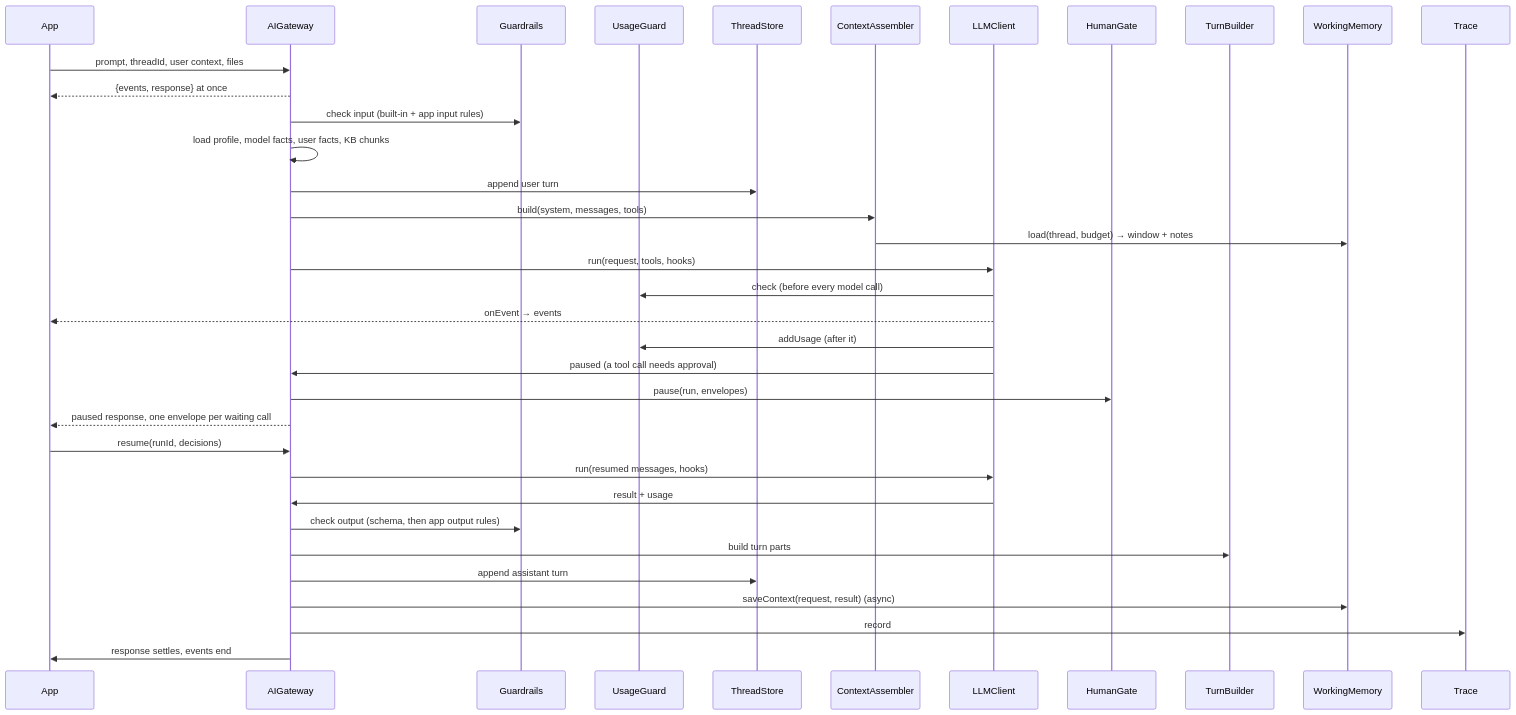
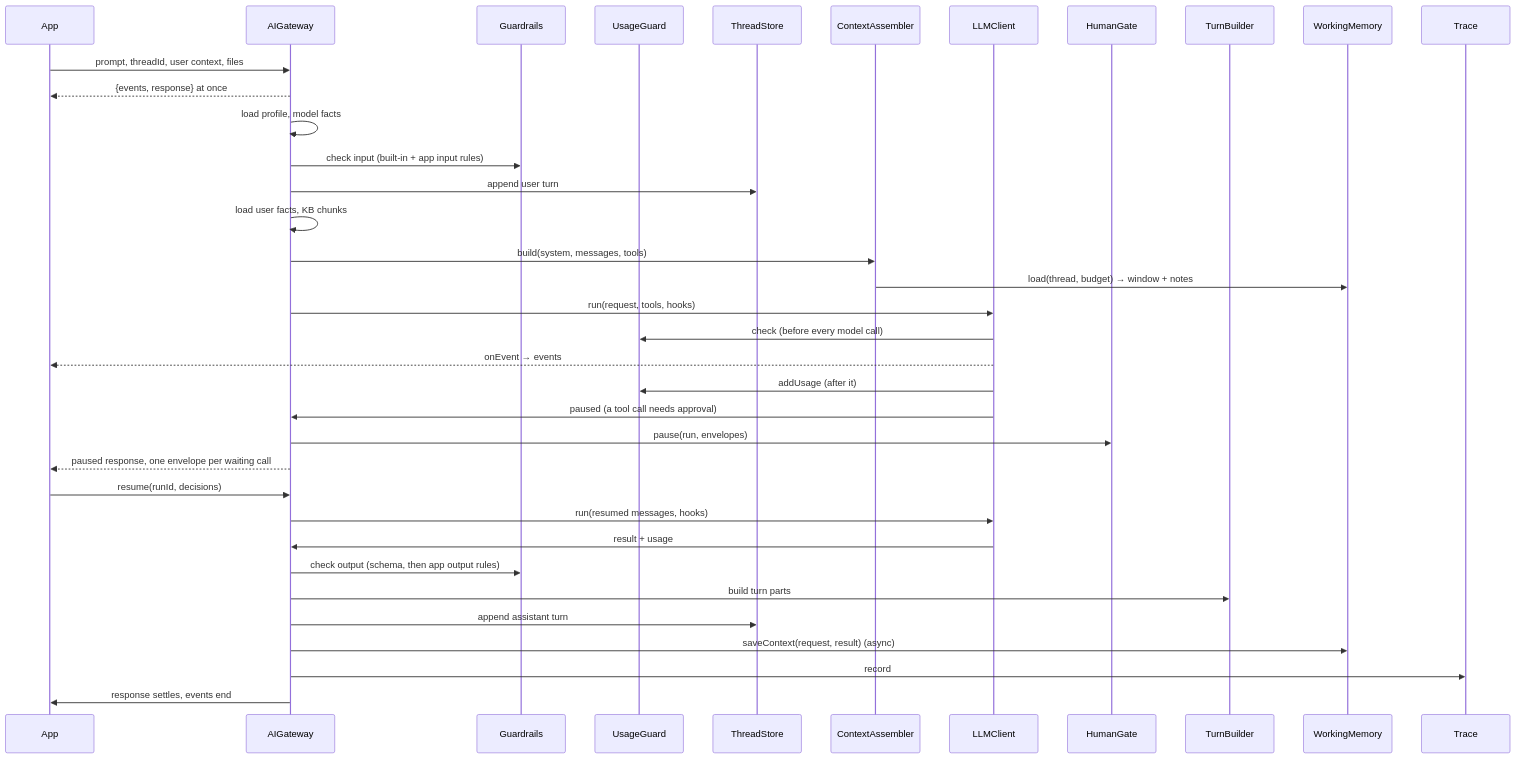
Before and after one commit to aneldev/dyna-ai-gateway: the third of 3 diagrams in docs/60-architecture/10-architecture-and-trade-offs.md, drawn with Mermaid. The commit also changed 26 other files, not shown here.

````diff
--- a/docs/60-architecture/10-architecture-and-trade-offs.md
+++ b/docs/60-architecture/10-architecture-and-trade-offs.md
@@ -150,38 +150,39 @@
 ```mermaid
 sequenceDiagram
   participant App
   participant GW as AIGateway
   participant GR as Guardrails
   participant UG as UsageGuard
   participant TS as ThreadStore
   participant CA as ContextAssembler
   participant DR as LLMClient
   participant HG as HumanGate
   participant TB as TurnBuilder
   participant WM as WorkingMemory
   participant TRC as Trace
 
   App->>GW: prompt, threadId, user context, files
   GW-->>App: {events, response} at once
+  GW->>GW: load profile, model facts
   GW->>GR: check input (built-in + app input rules)
-  GW->>GW: load profile, model facts, user facts, KB chunks
   GW->>TS: append user turn
+  GW->>GW: load user facts, KB chunks
   GW->>CA: build(system, messages, tools)
   CA->>WM: load(thread, budget) → window + notes
   GW->>DR: run(request, tools, hooks)
   DR->>UG: check (before every model call)
   DR-->>App: onEvent → events
   DR->>UG: addUsage (after it)
   DR->>GW: paused (a tool call needs approval)
   GW->>HG: pause(run, envelopes)
   GW-->>App: paused response, one envelope per waiting call
   App->>GW: resume(runId, decisions)
   GW->>DR: run(resumed messages, hooks)
   DR->>GW: result + usage
   GW->>GR: check output (schema, then app output rules)
   GW->>TB: build turn parts
   GW->>TS: append assistant turn
   GW->>WM: saveContext(request, result) (async)
   GW->>TRC: record
   GW->>App: response settles, events end
 ```
````
